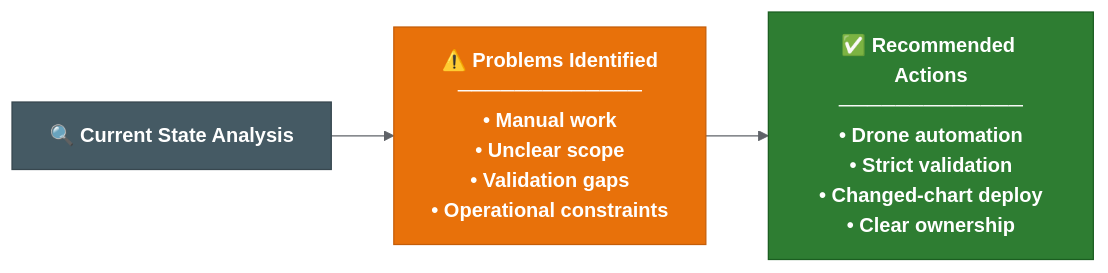
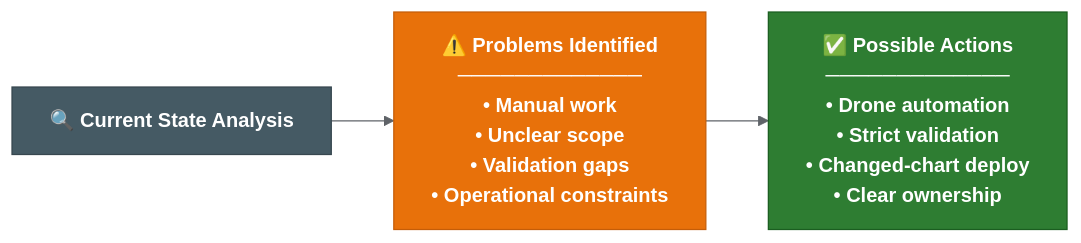
One commit to benanaktaspusulait/branching-strategy changed the diagram in docs/cicd-deployment-findings-and-actions.md. Above: the diagram before and after it, drawn with Mermaid. The commit also changed other lines of this file and 8 other files, not shown here.

````diff
--- a/docs/cicd-deployment-findings-and-actions.md
+++ b/docs/cicd-deployment-findings-and-actions.md
@@ -47,14 +47,14 @@
 ```mermaid
 %%{init: {'theme': 'base', 'themeVariables': {'lineColor': '#5f6368'}}}%%
 
 flowchart LR
   CURRENT["🔍 Current State Analysis"]:::input
   PROBLEMS["⚠️ Problems Identified\n─────────────\n• Manual work\n• Unclear scope\n• Validation gaps\n• Operational constraints"]:::problem
-  ACTIONS["✅ Recommended Actions\n─────────────\n• Drone automation\n• Strict validation\n• Changed-chart deploy\n• Clear ownership"]:::solution
+  ACTIONS["✅ Possible Actions\n─────────────\n• Drone automation\n• Strict validation\n• Changed-chart deploy\n• Clear ownership"]:::solution
 
   CURRENT --> PROBLEMS --> ACTIONS
 
   classDef input fill:#455a64,stroke:#37474f,color:#fff,font-weight:bold
   classDef problem fill:#e8710a,stroke:#c45d08,color:#fff,font-weight:bold
   classDef solution fill:#2e7d32,stroke:#1b5e20,color:#fff,font-weight:bold
 ```
````
